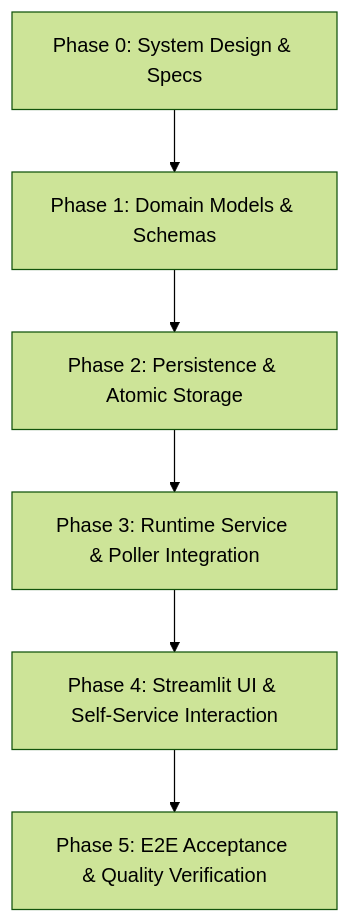
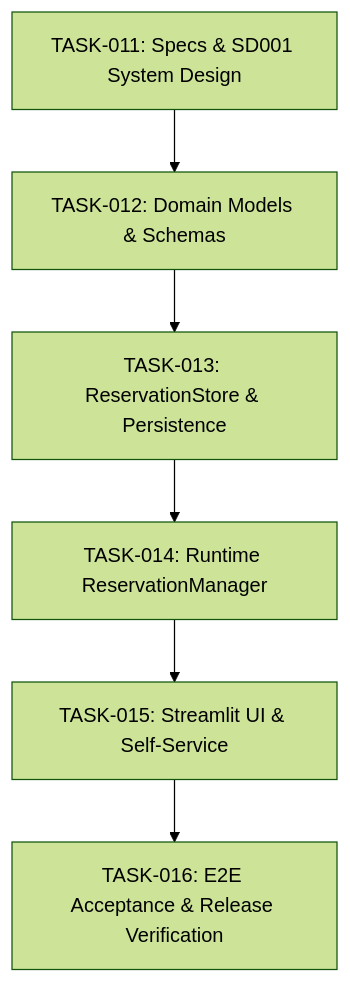
One commit to reg-almonte/pc-handoff changed the diagram in .sdlc/plans/PLAN-001-reservation-and-handoff.md. Above: the diagram before and after it, drawn with Mermaid (forest theme). The commit also changed other lines of this file, not shown here.

````diff
--- a/.sdlc/plans/PLAN-001-reservation-and-handoff.md
+++ b/.sdlc/plans/PLAN-001-reservation-and-handoff.md
@@ -24,8 +40,8 @@
 ```mermaid
 graph TD
-    P0[Phase 0: System Design & Specs] --> P1[Phase 1: Domain Models & Schemas]
-    P1 --> P2[Phase 2: Persistence & Atomic Storage]
-    P2 --> P3[Phase 3: Runtime Service & Poller Integration]
-    P3 --> P4[Phase 4: Streamlit UI & Self-Service Interaction]
-    P4 --> P5[Phase 5: E2E Acceptance & Quality Verification]
+    T011[TASK-011: Specs & SD001 System Design] --> T012[TASK-012: Domain Models & Schemas]
+    T012 --> T013[TASK-013: ReservationStore & Persistence]
+    T013 --> T014[TASK-014: Runtime ReservationManager]
+    T014 --> T015[TASK-015: Streamlit UI & Self-Service]
+    T015 --> T016[TASK-016: E2E Acceptance & Release Verification]
 ```
````
